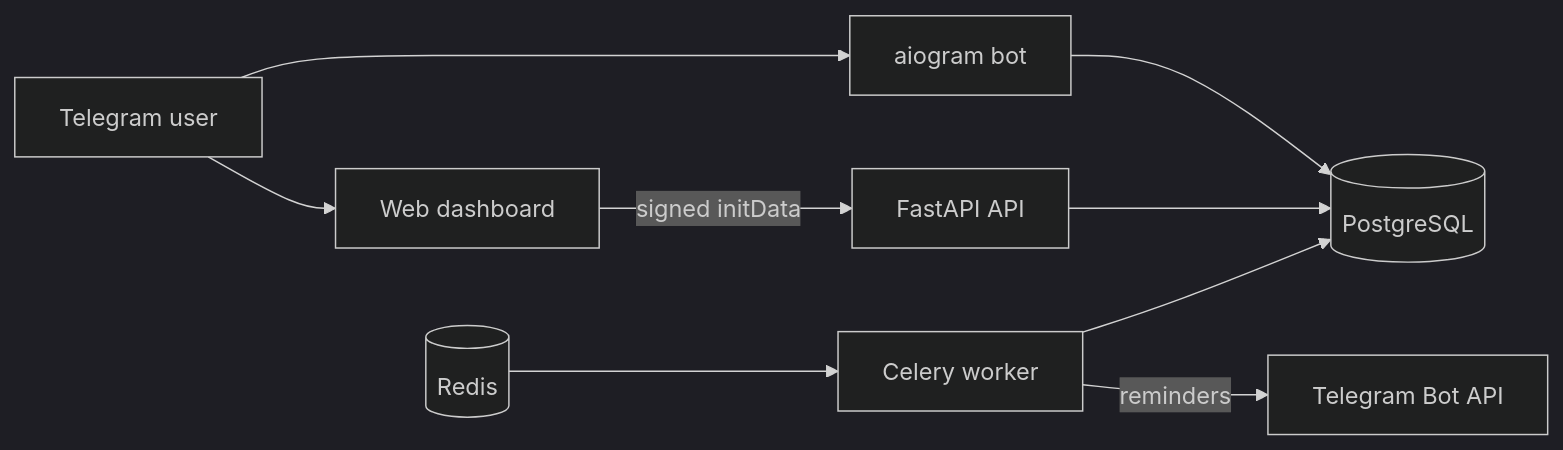
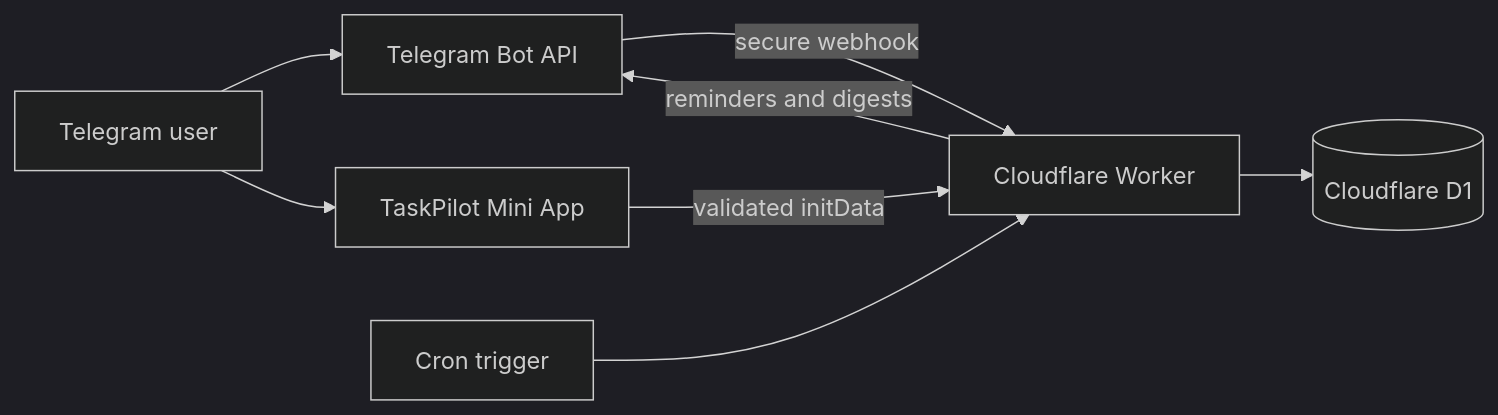
The diagram in README.md (ka1zo/taskpilot), drawn with Mermaid (dark theme) before and after one commit. The commit also changed other lines of this file and 15 other files, not shown here.

Commit message:
feat: launch TaskPilot cloud bot and Mini App

````diff
--- a/README.md
+++ b/README.md
@@ -34,11 +36,10 @@
 ```mermaid
 flowchart LR
-    U[Telegram user] --> B[aiogram bot]
-    U --> W[Web dashboard]
-    W -->|signed initData| A[FastAPI API]
-    B --> D[(PostgreSQL)]
-    A --> D
-    C[Celery worker] --> D
-    Q[(Redis)] --> C
-    C -->|reminders| T[Telegram Bot API]
+    U[Telegram user] --> T[Telegram Bot API]
+    T -->|secure webhook| W[Cloudflare Worker]
+    U --> M[TaskPilot Mini App]
+    M -->|validated initData| W
+    W --> D[(Cloudflare D1)]
+    C[Cron trigger] --> W
+    W -->|reminders and digests| T
 ```
````
